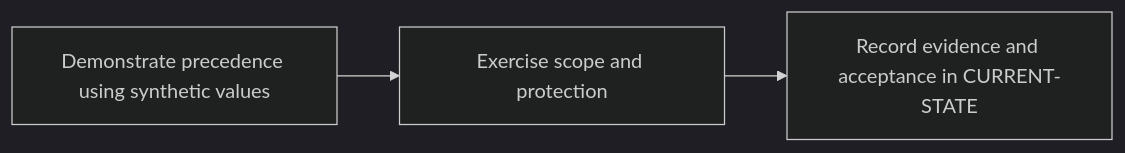
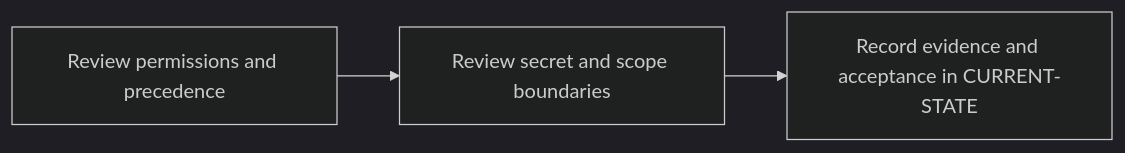
The diagram in docs/roadmap/P4.md (cdcdd15/git-runners-rust), drawn with Mermaid (dark theme) before and after one commit. The commit also changed other lines of this file and 22 other files, not shown here.

Commit message:
docs: complete P0 and adopt a knowledge-first roadmap

````diff
--- a/docs/roadmap/P4.md
+++ b/docs/roadmap/P4.md
@@ -9,5 +9,5 @@
 ```mermaid
 flowchart LR
-    Input["Demonstrate precedence using synthetic values"] --> Validation["Exercise scope and protection"]
+    Input["Review permissions and precedence"] --> Validation["Review secret and scope boundaries"]
     Validation --> Evidence["Record evidence and acceptance in CURRENT-STATE"]
 ```
````
